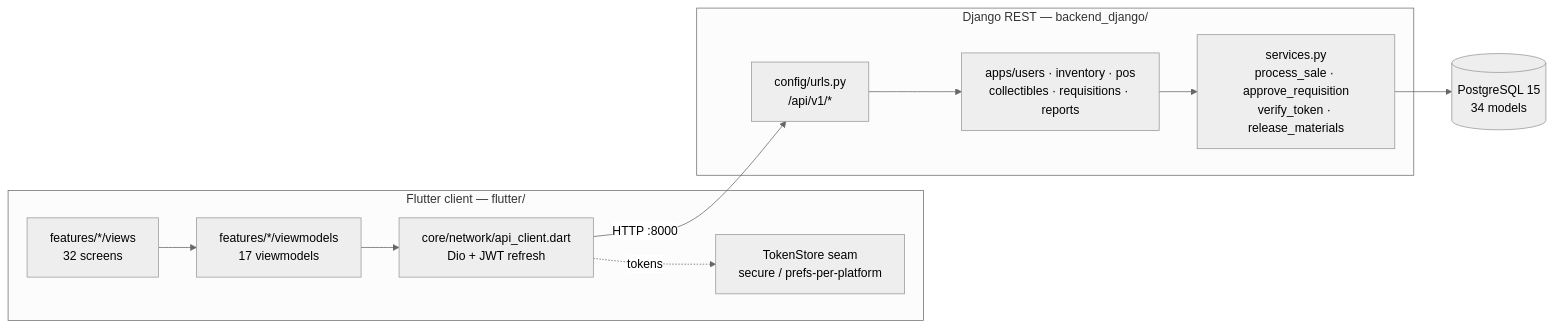
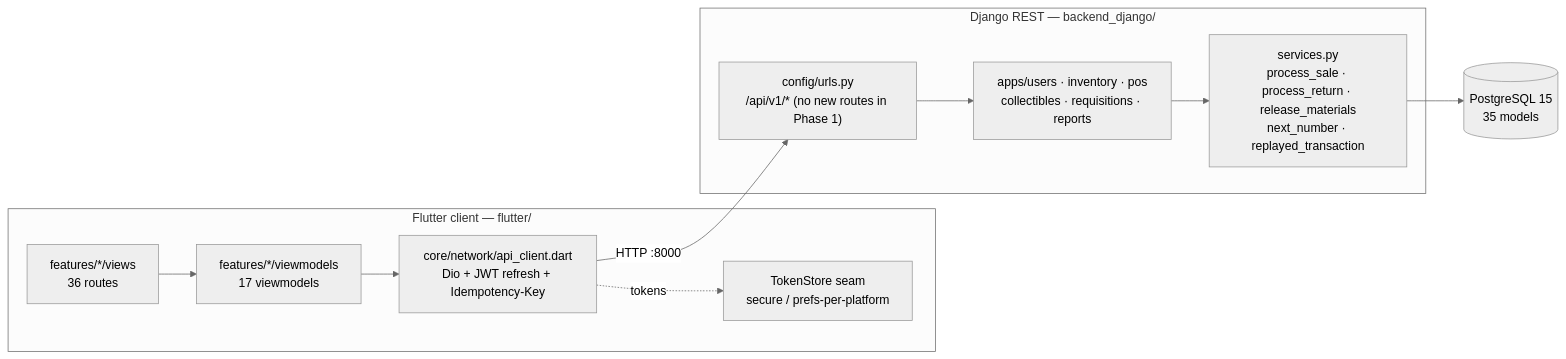
One commit to ziminni/qb_hardwarestore changed the first of 2 diagrams in docs/SYSTEM_ATLAS.md. Above: the diagram before and after it, drawn with Mermaid (neutral theme). The commit also changed other lines of this file and 3 other files, not shown here.

Commit message:
docs(icm): atlas refresh 2026-10-24 (Phase 1) + post-phase1 session note

````diff
--- a/docs/SYSTEM_ATLAS.md
+++ b/docs/SYSTEM_ATLAS.md
@@ -13,20 +13,20 @@
 ```mermaid
 flowchart LR
   subgraph Client["Flutter client — flutter/"]
-    UI["features/*/views<br/>32 screens"]
+    UI["features/*/views<br/>36 routes"]
     VM["features/*/viewmodels<br/>17 viewmodels"]
-    NET["core/network/api_client.dart<br/>Dio + JWT refresh"]
+    NET["core/network/api_client.dart<br/>Dio + JWT refresh + Idempotency-Key"]
     SEC["TokenStore seam<br/>secure / prefs-per-platform"]
     UI --> VM --> NET
     NET -. tokens .-> SEC
   end
   subgraph Server["Django REST — backend_django/"]
-    URLS["config/urls.py<br/>/api/v1/*"]
+    URLS["config/urls.py<br/>/api/v1/* (no new routes in Phase 1)"]
     APPS["apps/users · inventory · pos<br/>collectibles · requisitions · reports"]
-    SVC["services.py<br/>process_sale · approve_requisition<br/>verify_token · release_materials"]
+    SVC["services.py<br/>process_sale · process_return · release_materials<br/>next_number · replayed_transaction"]
     URLS --> APPS --> SVC
   end
-  DB[("PostgreSQL 15<br/>34 models")]
+  DB[("PostgreSQL 15<br/>35 models")]
   NET -- "HTTP :8000" --> URLS
   SVC --> DB
 ```
````
